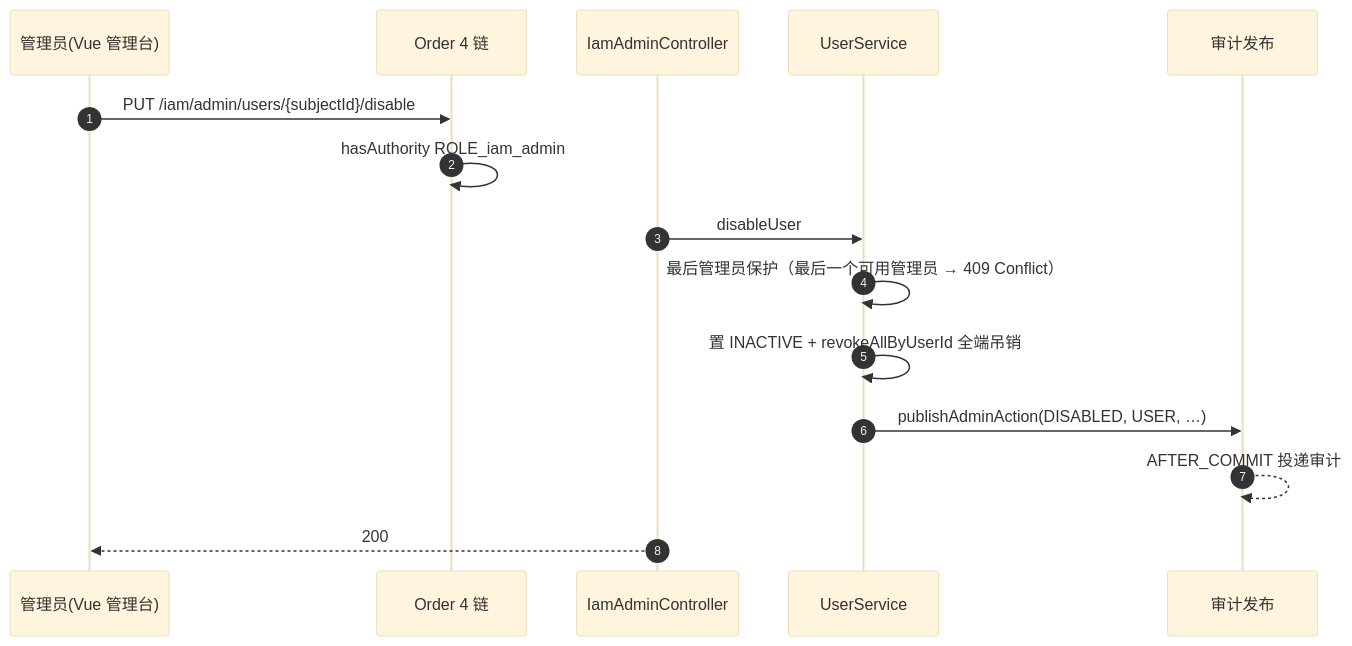
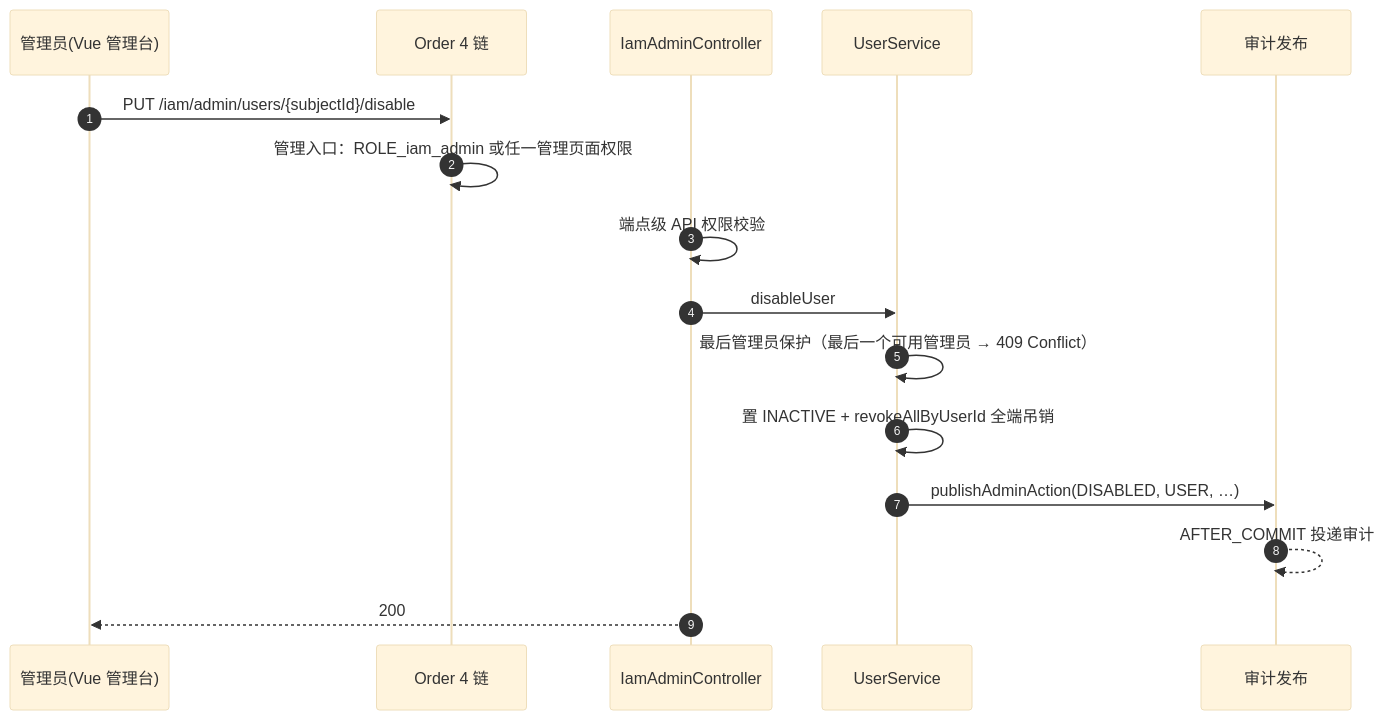
One commit to Sure-Zzzzzz/normal-sdks changed the first of 2 diagrams in sdk/auth/iam/server/simple-iam-server-starter/docs/领域文档/管理台与站内信.md. Above: the diagram before and after it, drawn with Mermaid (base theme). The commit also changed other lines of this file and 82 other files, not shown here.

````diff
--- a/sdk/auth/iam/server/simple-iam-server-starter/docs/领域文档/管理台与站内信.md
+++ b/sdk/auth/iam/server/simple-iam-server-starter/docs/领域文档/管理台与站内信.md
@@ -9,18 +9,19 @@
 ```mermaid
 sequenceDiagram
     autonumber
     participant Adm as 管理员(Vue 管理台)
     participant F as Order 4 链
     participant CS as IamAdminController
     participant US as UserService
     participant AU as 审计发布
 
     Adm->>F: PUT /iam/admin/users/{subjectId}/disable
-    F->>F: hasAuthority ROLE_iam_admin
+    F->>F: 管理入口：ROLE_iam_admin 或任一管理页面权限
+    CS->>CS: 端点级 API 权限校验
     CS->>US: disableUser
     US->>US: 最后管理员保护（最后一个可用管理员 → 409 Conflict）
     US->>US: 置 INACTIVE + revokeAllByUserId 全端吊销
     US->>AU: publishAdminAction(DISABLED, USER, …)
     AU-->>AU: AFTER_COMMIT 投递审计
     CS-->>Adm: 200
 ```
````
